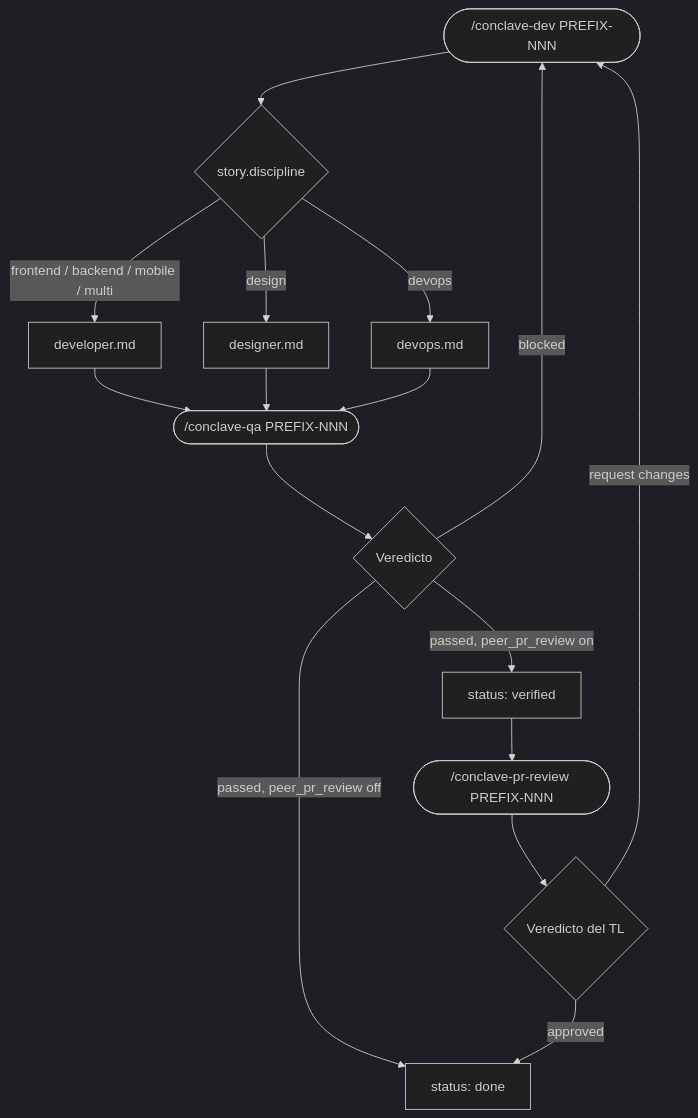
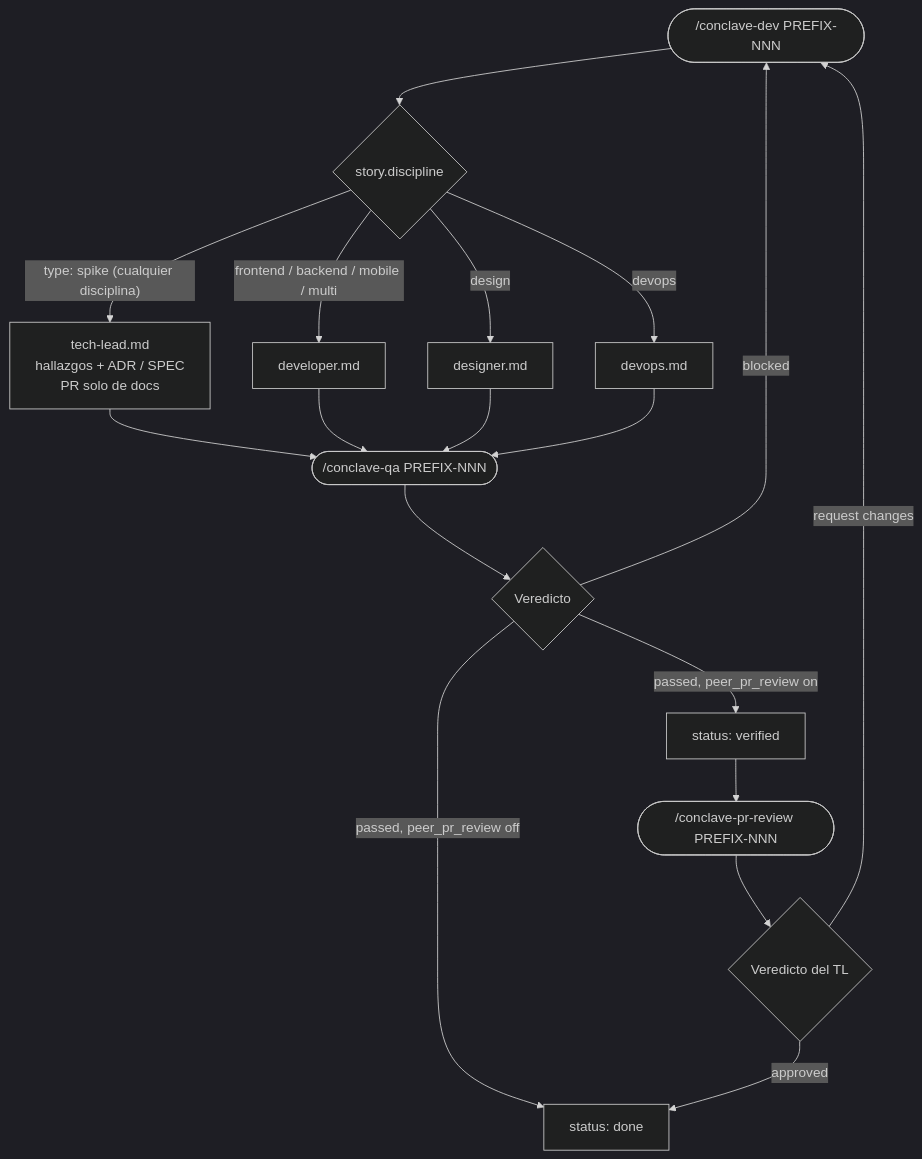
One commit to giolabs/conclave changed the fifth of 6 diagrams in site/content/es/workflow.mdx. Above: the diagram before and after it, drawn with Mermaid (dark theme). The commit also changed other lines of this file and 41 other files, not shown here.

````diff
--- a/site/content/es/workflow.mdx
+++ b/site/content/es/workflow.mdx
@@ -70,21 +93,23 @@
 ```mermaid
 flowchart TD
     Dev(["/conclave-dev PREFIX-NNN"]) --> Route{"story.discipline"}
     Route -->|frontend / backend / mobile / multi| Developer["developer.md"]
     Route -->|design| Designer["designer.md"]
     Route -->|devops| DevOps["devops.md"]
+    Route -->|"type: spike (cualquier disciplina)"| TLSpike["tech-lead.md<br/>hallazgos + ADR / SPEC<br/>PR solo de docs"]
+    TLSpike --> QA
 
     Developer --> QA(["/conclave-qa PREFIX-NNN"])
     Designer --> QA
     DevOps --> QA
 
     QA --> Verdict{"Veredicto"}
     Verdict -->|blocked| Dev
     Verdict -->|"passed, peer_pr_review off"| Done["status: done"]
     Verdict -->|"passed, peer_pr_review on"| Verified["status: verified"]
 
     Verified --> PRReview(["/conclave-pr-review PREFIX-NNN"])
     PRReview --> TLVerdict{"Veredicto del TL"}
     TLVerdict -->|request changes| Dev
     TLVerdict -->|approved| Done
 ```
````
